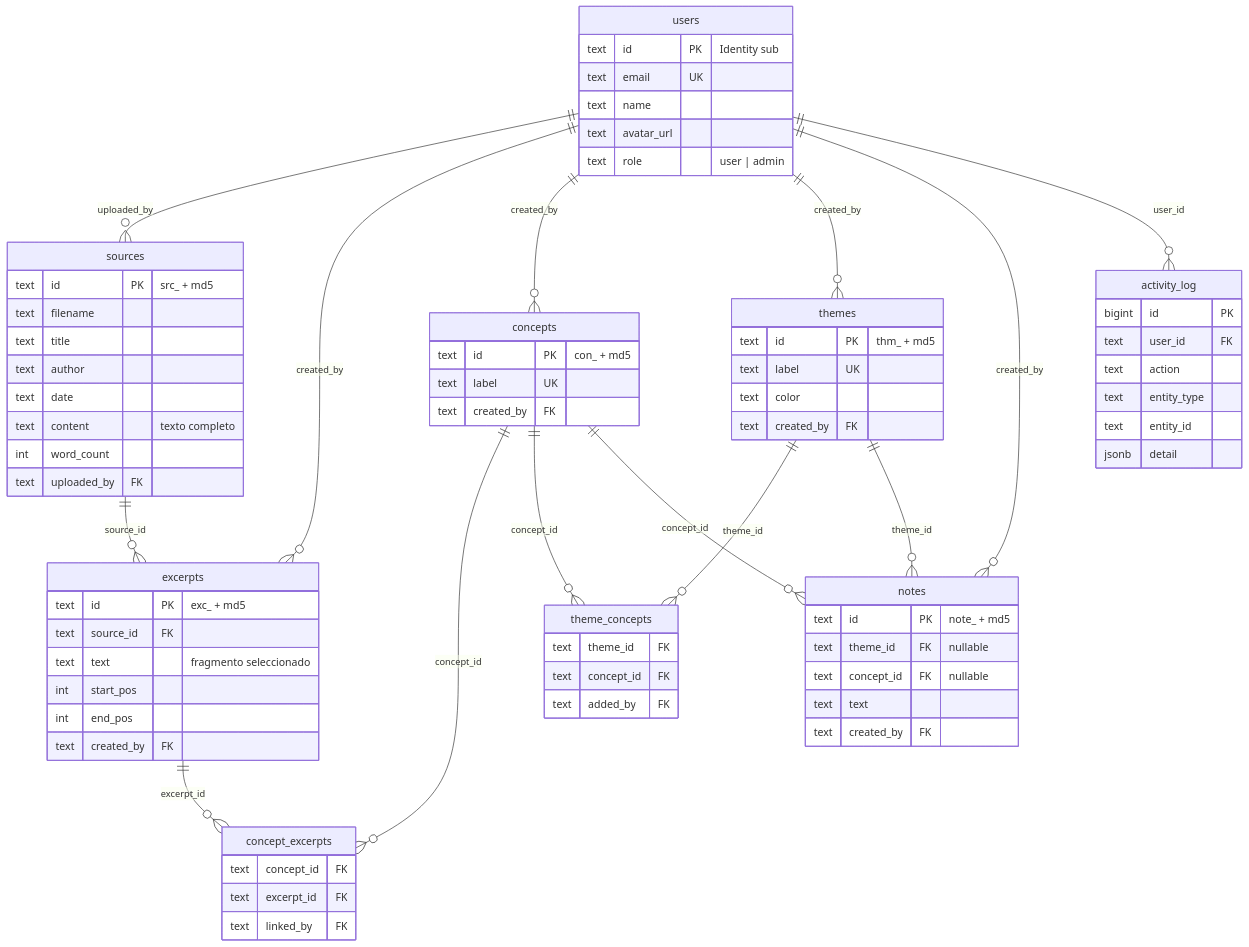
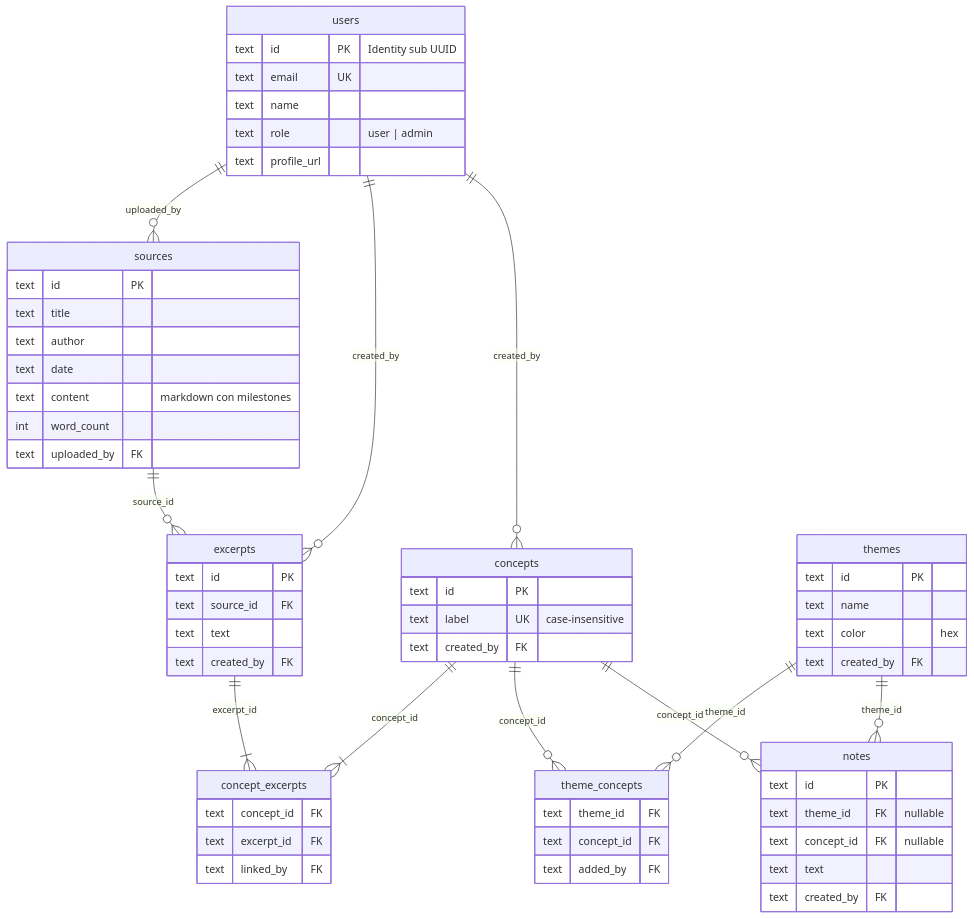
Before and after one commit to amereida/constel-db: the second of 9 diagrams in docs/ARCHITECTURE.md, drawn with Mermaid. The commit also changed other lines of this file and 19 other files, not shown here.

````diff
--- a/docs/ARCHITECTURE.md
+++ b/docs/ARCHITECTURE.md
@@ -38,86 +52,64 @@
 ```mermaid
 erDiagram
     users {
-        text id PK "Identity sub"
+        text id PK "Identity sub UUID"
         text email UK
         text name
-        text avatar_url
         text role "user | admin"
+        text profile_url
     }
-
     sources {
-        text id PK "src_ + md5"
-        text filename
+        text id PK
         text title
         text author
         text date
-        text content "texto completo"
+        text content "markdown con milestones"
         int word_count
         text uploaded_by FK
     }
-
     excerpts {
-        text id PK "exc_ + md5"
+        text id PK
         text source_id FK
-        text text "fragmento seleccionado"
-        int start_pos
-        int end_pos
+        text text
         text created_by FK
     }
-
     concepts {
-        text id PK "con_ + md5"
-        text label UK
+        text id PK
+        text label UK "case-insensitive"
         text created_by FK
     }
-
     themes {
-        text id PK "thm_ + md5"
-        text label UK
-        text color
+        text id PK
+        text name
+        text color "hex"
         text created_by FK
     }
-
     notes {
-        text id PK "note_ + md5"
+        text id PK
         text theme_id FK "nullable"
         text concept_id FK "nullable"
         text text
         text created_by FK
     }
-
     concept_excerpts {
         text concept_id FK
         text excerpt_id FK
         text linked_by FK
     }
-
     theme_concepts {
         text theme_id FK
         text concept_id FK
         text added_by FK
     }
 
-    activity_log {
-        bigint id PK
-        text user_id FK
-        text action
-        text entity_type
-        text entity_id
-        jsonb detail
-    }
-
     users ||--o{ sources : "uploaded_by"
     users ||--o{ excerpts : "created_by"
     users ||--o{ concepts : "created_by"
-    users ||--o{ themes : "created_by"
-    users ||--o{ notes : "created_by"
     sources ||--o{ excerpts : "source_id"
-    concepts ||--o{ concept_excerpts : "concept_id"
-    excerpts ||--o{ concept_excerpts : "excerpt_id"
+    excerpts ||--|{ concept_excerpts : "excerpt_id"
+    concepts ||--|{ concept_excerpts : "concept_id"
     themes ||--o{ theme_concepts : "theme_id"
     concepts ||--o{ theme_concepts : "concept_id"
     themes ||--o{ notes : "theme_id"
     concepts ||--o{ notes : "concept_id"
-    users ||--o{ activity_log : "user_id"
 ```
````
